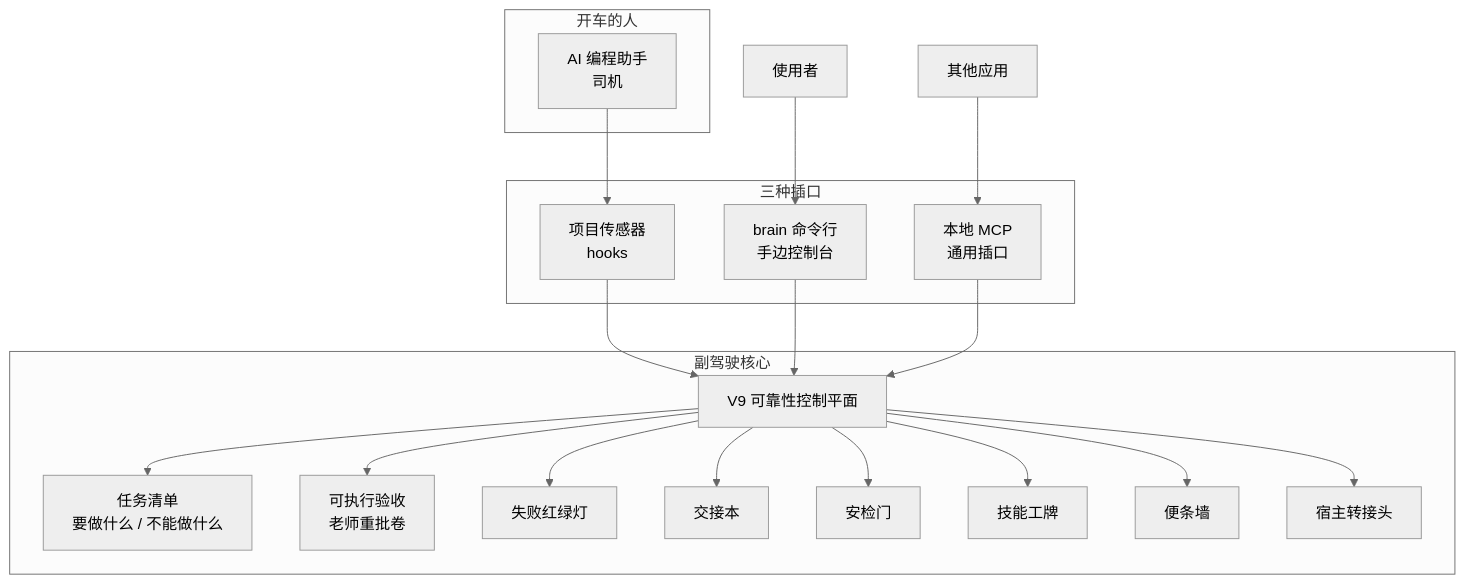
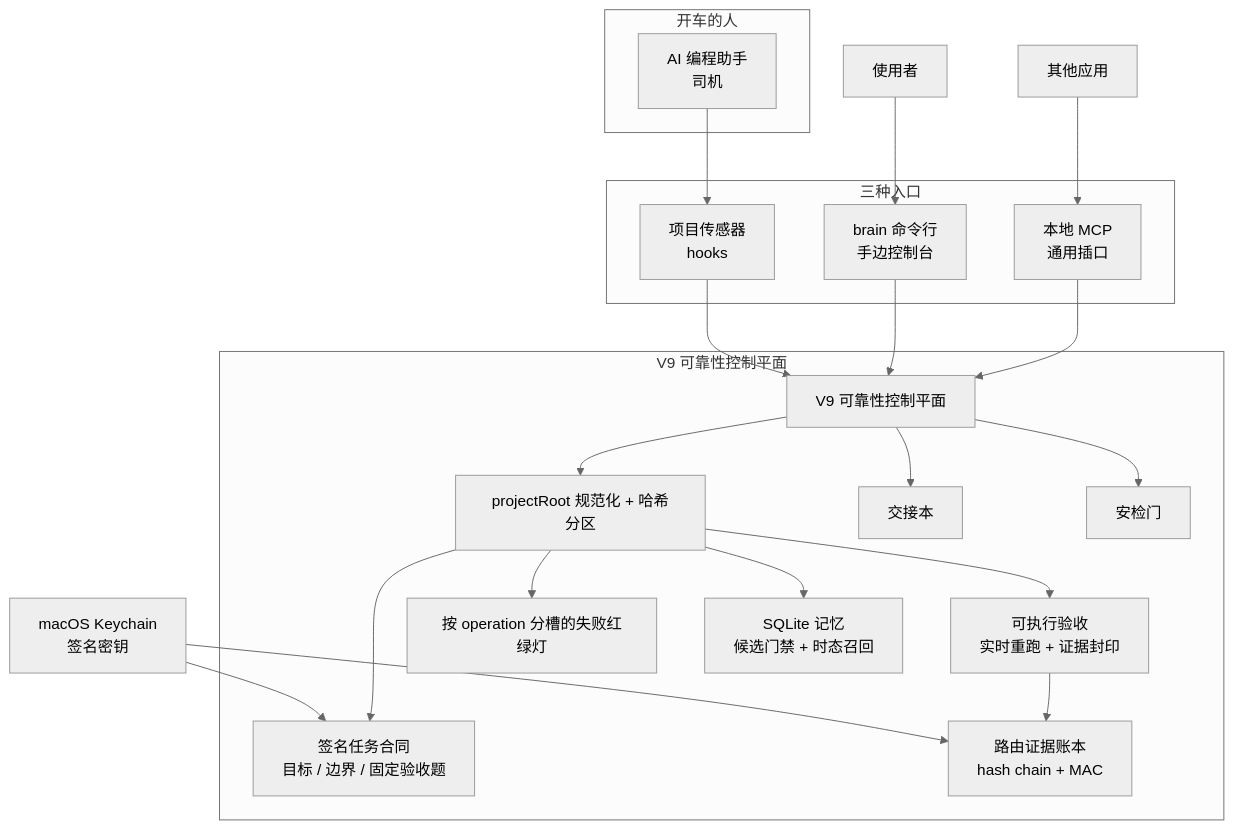
Before and after one commit to liuanye9-lab/codex-os-brain: diagram 16 of 30 in README.md, drawn with Mermaid (neutral theme). The commit also changed other lines of this file, not shown here.

````diff
--- a/README.md
+++ b/README.md
@@ -526,36 +532,38 @@
 ```mermaid
 flowchart TB
-  subgraph 开车的人
+  subgraph Driver["开车的人"]
     Agent["AI 编程助手\n司机"]
   end
-  subgraph 三种插口
+  subgraph Ports["三种入口"]
     Hooks["项目传感器\nhooks"]
     CLI["brain 命令行\n手边控制台"]
     MCP["本地 MCP\n通用插口"]
   end
-  subgraph 副驾驶核心
+  subgraph CorePlane["V9 可靠性控制平面"]
     Core["V9 可靠性控制平面"]
-    Contract["任务清单\n要做什么 / 不能做什么"]
-    Verify["可执行验收\n老师重批卷"]
-    Circuit["失败红绿灯"]
+    Scope["projectRoot 规范化 + 哈希分区"]
+    Contract["签名任务合同\n目标 / 边界 / 固定验收题"]
+    Verify["可执行验收\n实时重跑 + 证据封印"]
+    Circuit["按 operation 分槽的失败红绿灯"]
     Handoff["交接本"]
     Policy["安检门"]
-    Skills["技能工牌"]
-    Memory["便条墙"]
-    Hosts["宿主转接头"]
+    Memory["SQLite 记忆\n候选门禁 + 时态召回"]
+    Ledger["路由证据账本\nhash chain + MAC"]
   end
+  Keychain["macOS Keychain\n签名密钥"] --> Contract
+  Keychain --> Ledger
   Agent --> Hooks
   Human["使用者"] --> CLI
   Client["其他应用"] --> MCP
   Hooks --> Core
   CLI --> Core
   MCP --> Core
-  Core --> Contract
-  Core --> Verify
-  Core --> Circuit
+  Core --> Scope
+  Scope --> Contract
+  Scope --> Verify
+  Scope --> Circuit
+  Scope --> Memory
+  Verify --> Ledger
   Core --> Handoff
   Core --> Policy
-  Core --> Skills
-  Core --> Memory
-  Core --> Hosts
 ```
````
